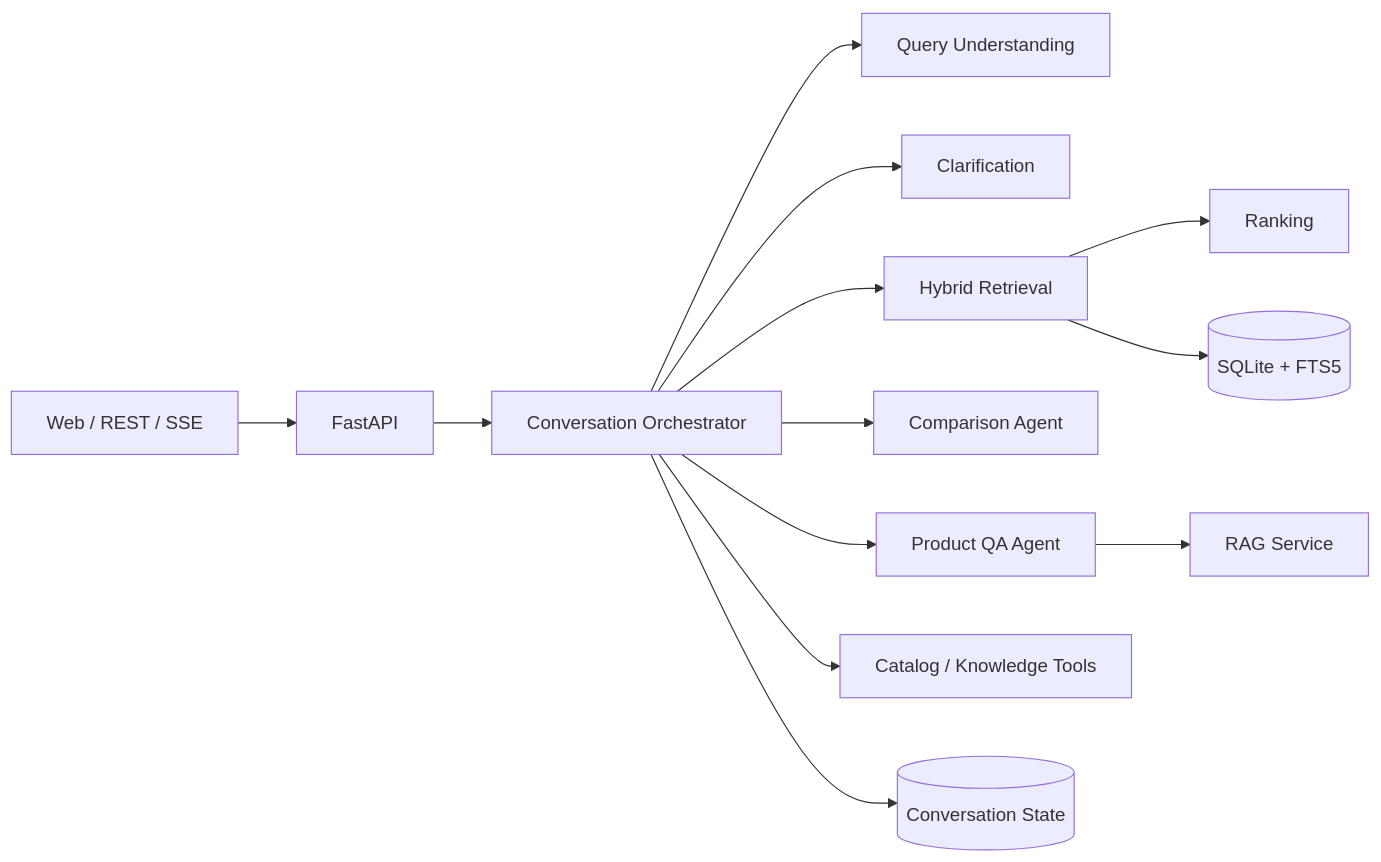
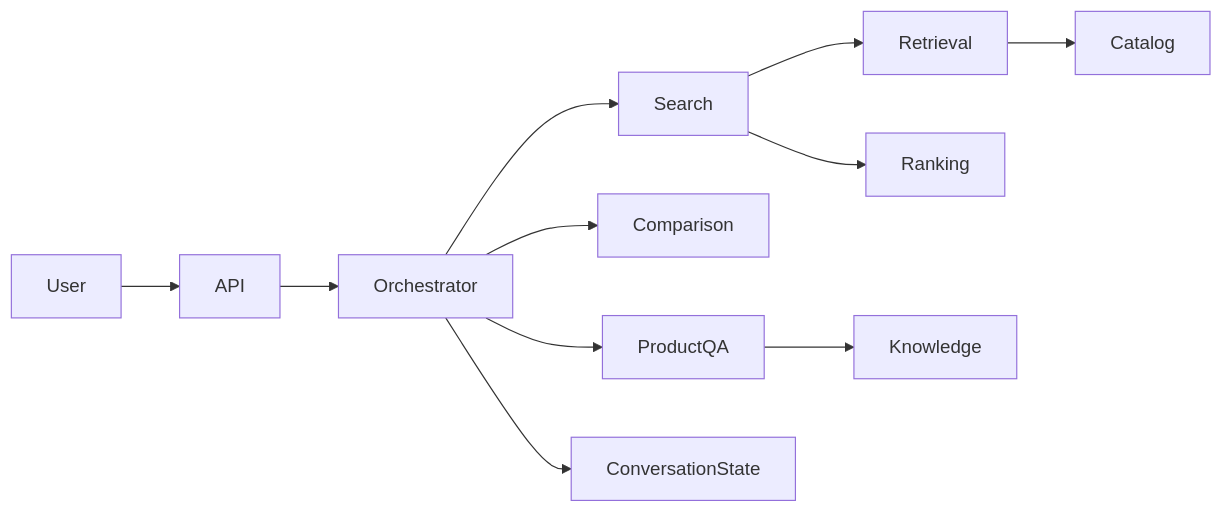
The first of 2 diagrams in docs/agent_architecture.md (junjunfe/shopsage), drawn with Mermaid before and after one commit. The commit also changed other lines of this file and 6 other files, not shown here.

````diff
--- a/docs/agent_architecture.md
+++ b/docs/agent_architecture.md
@@ -19,15 +17,13 @@
 ```mermaid
 flowchart LR
-  UI[Web / REST / SSE] --> API[FastAPI]
-  API --> O[Conversation Orchestrator]
-  O --> QS[Query Understanding]
-  O --> CL[Clarification]
-  O --> HR[Hybrid Retrieval]
-  HR --> RK[Ranking]
-  O --> CA[Comparison Agent]
-  O --> QA[Product QA Agent]
-  QA --> RAG[RAG Service]
-  O --> T[Catalog / Knowledge Tools]
-  HR --> DB[(SQLite + FTS5)]
-  O --> CS[(Conversation State)]
+  User --> API
+  API --> Orchestrator
+  Orchestrator --> Search
+  Orchestrator --> Comparison
+  Orchestrator --> ProductQA
+  Search --> Retrieval
+  Search --> Ranking
+  ProductQA --> Knowledge
+  Retrieval --> Catalog
+  Orchestrator --> ConversationState
 ```
````
